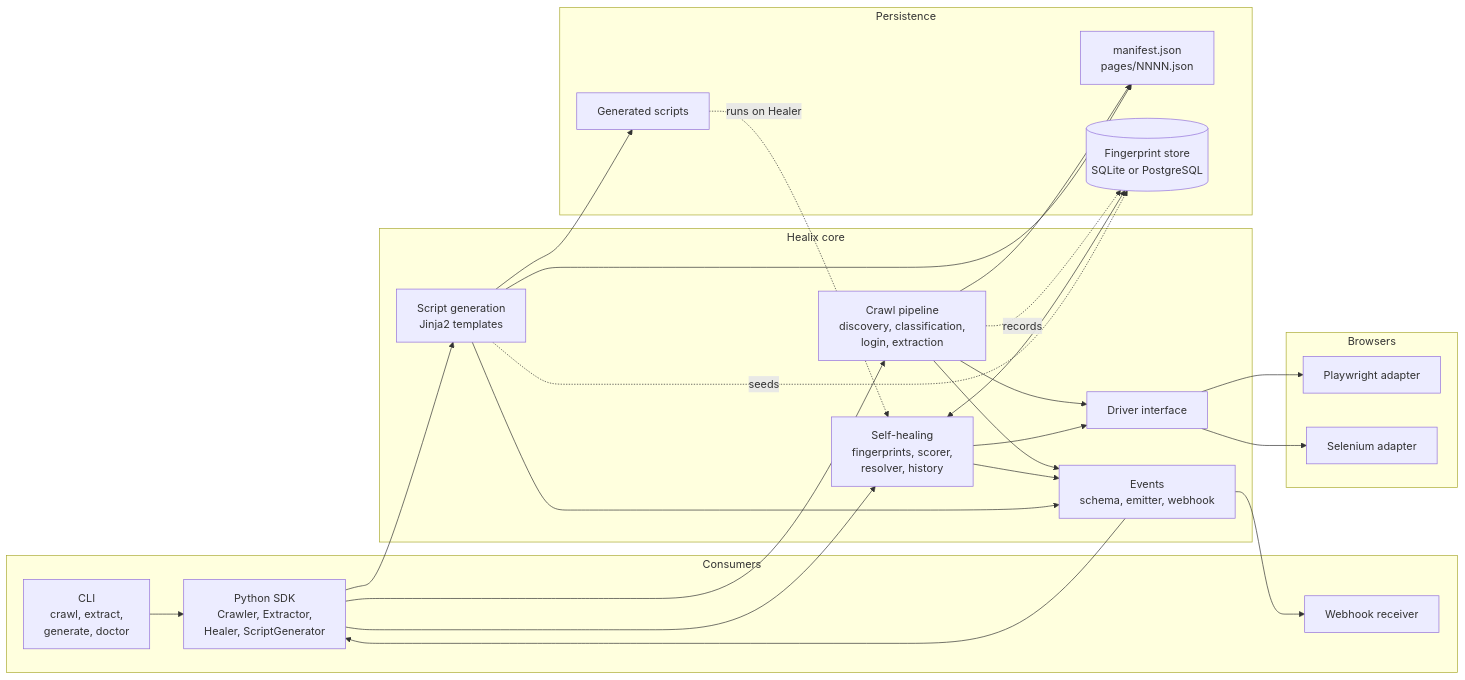
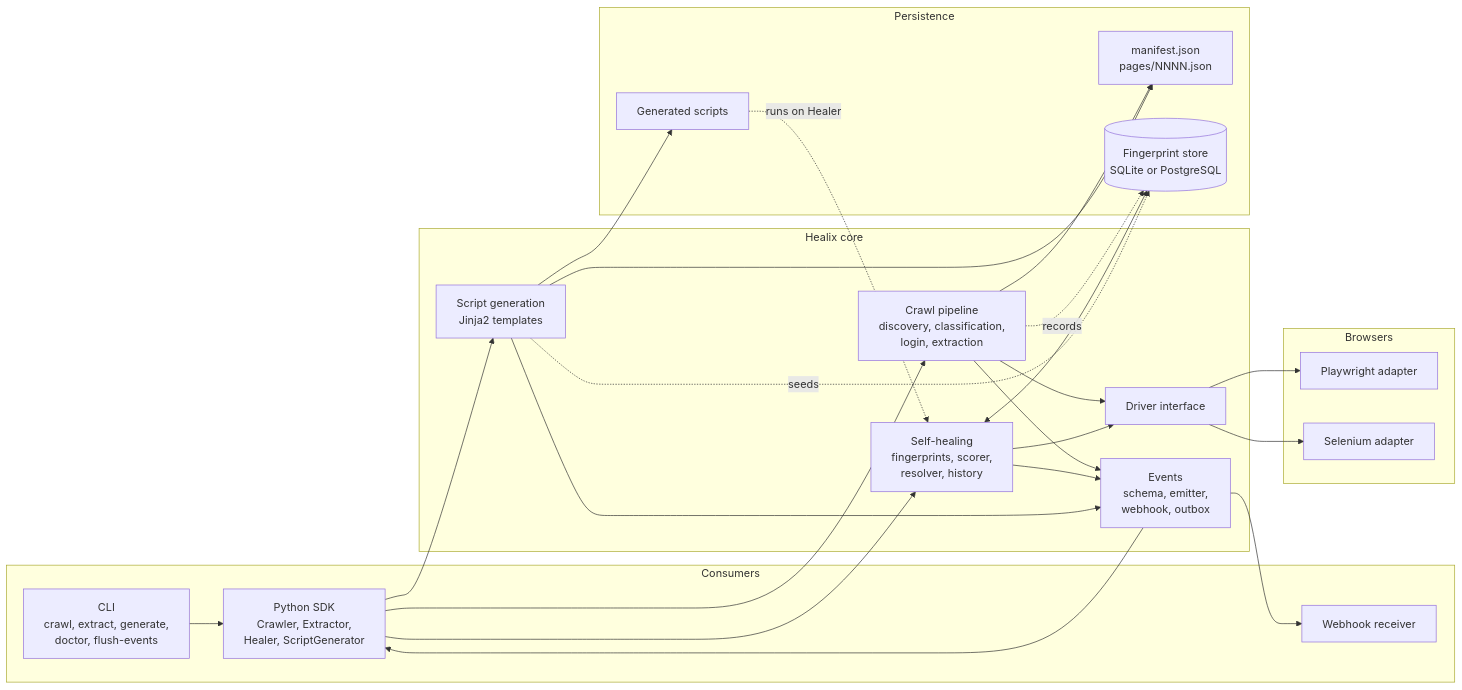
One commit to nikhilvdev/healix changed the first of 8 diagrams in ARCHITECTURE.md. Above: the diagram before and after it, drawn with Mermaid. The commit also changed other lines of this file and 16 other files, not shown here.

First line of the commit message:
Add durable webhook outbox and flush-events CLI

````diff
--- a/ARCHITECTURE.md
+++ b/ARCHITECTURE.md
@@ -77,48 +77,48 @@
 ```mermaid
 flowchart LR
     subgraph consumers["Consumers"]
         SDK["Python SDK<br/>Crawler, Extractor,<br/>Healer, ScriptGenerator"]
-        CLI["CLI<br/>crawl, extract,<br/>generate, doctor"]
+        CLI["CLI<br/>crawl, extract, generate,<br/>doctor, flush-events"]
         HOOK["Webhook receiver"]
     end
 
     subgraph core["Healix core"]
         PIPE["Crawl pipeline<br/>discovery, classification,<br/>login, extraction"]
         HEAL["Self-healing<br/>fingerprints, scorer,<br/>resolver, history"]
         GEN["Script generation<br/>Jinja2 templates"]
-        EV["Events<br/>schema, emitter, webhook"]
+        EV["Events<br/>schema, emitter,<br/>webhook, outbox"]
         DRV["Driver interface"]
     end
 
     subgraph browsers["Browsers"]
         PW["Playwright adapter"]
         SE["Selenium adapter"]
     end
 
     subgraph disk["Persistence"]
         MAN["manifest.json<br/>pages/NNNN.json"]
         FP[("Fingerprint store<br/>SQLite or PostgreSQL")]
         SCR["Generated scripts"]
     end
 
     CLI --> SDK
     SDK --> PIPE
     SDK --> HEAL
     SDK --> GEN
     PIPE --> DRV
     HEAL --> DRV
     DRV --> PW
     DRV --> SE
     PIPE --> MAN
     PIPE -.records.-> FP
     HEAL <--> FP
     GEN --> MAN
     GEN -.seeds.-> FP
     GEN --> SCR
     PIPE --> EV
     HEAL --> EV
     GEN --> EV
     EV --> SDK
     EV --> HOOK
     SCR -. "runs on Healer" .-> HEAL
 ```
````
